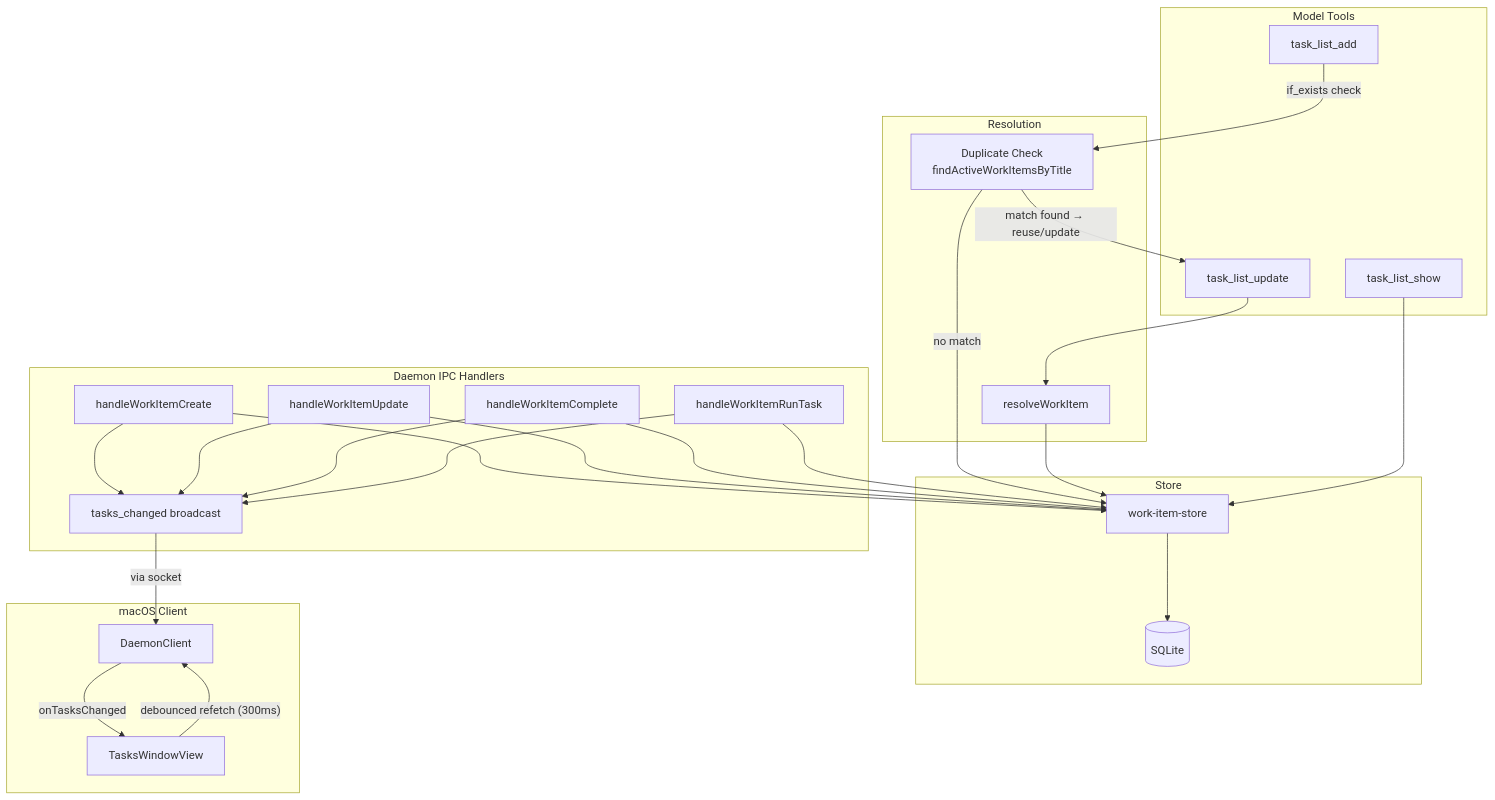
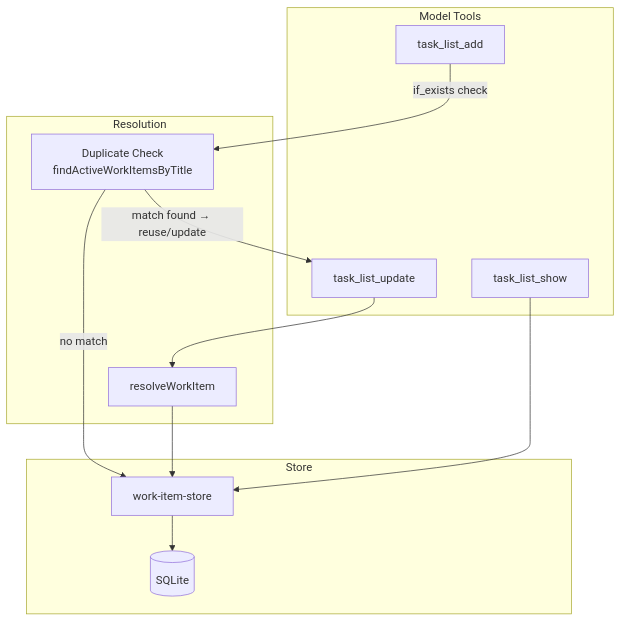
Before and after one commit to vellum-ai/vellum-assistant: the third of 3 diagrams in assistant/docs/architecture/scheduling.md, drawn with Mermaid. The commit also changed other lines of this file and 1 other file, not shown here.

Commit message:
Update docs to reflect conversation-first task management

````diff
--- a/assistant/docs/architecture/scheduling.md
+++ b/assistant/docs/architecture/scheduling.md
@@ -243,52 +243,26 @@
 ```mermaid
 flowchart TD
     subgraph "Model Tools"
         TLA[task_list_add]
         TLU[task_list_update]
         TLS[task_list_show]
     end
 
     subgraph "Resolution"
         RWI[resolveWorkItem]
         DUPE[Duplicate Check<br/>findActiveWorkItemsByTitle]
     end
 
     subgraph "Store"
         WIS[work-item-store]
         DB[(SQLite)]
     end
 
-    subgraph "Daemon IPC Handlers"
-        HC[handleWorkItemCreate]
-        HU[handleWorkItemUpdate]
-        HCo[handleWorkItemComplete]
-        HR[handleWorkItemRunTask]
-        BC[tasks_changed broadcast]
-    end
-
-    subgraph "macOS Client"
-        TW[TasksWindowView]
-        DC[DaemonClient]
-    end
-
     TLA -->|"if_exists check"| DUPE
     DUPE -->|"no match"| WIS
     DUPE -->|"match found → reuse/update"| TLU
     TLU --> RWI
     RWI --> WIS
     TLS --> WIS
     WIS --> DB
-
-    HC --> WIS
-    HU --> WIS
-    HCo --> WIS
-    HR --> WIS
-    HC --> BC
-    HU --> BC
-    HCo --> BC
-    HR --> BC
-
-    BC -->|"via socket"| DC
-    DC -->|"onTasksChanged"| TW
-    TW -->|"debounced refetch (300ms)"| DC
 ```
````
